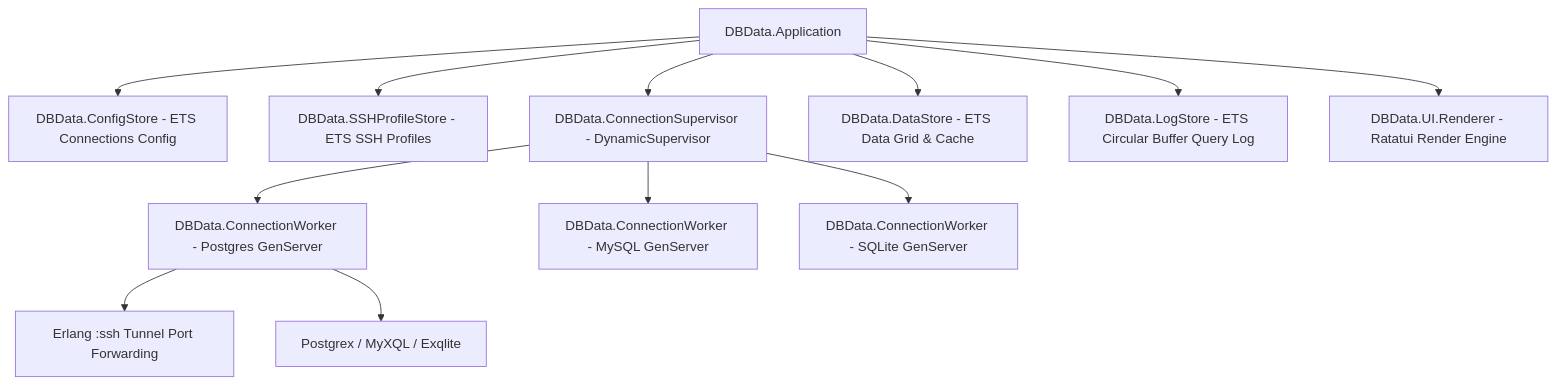
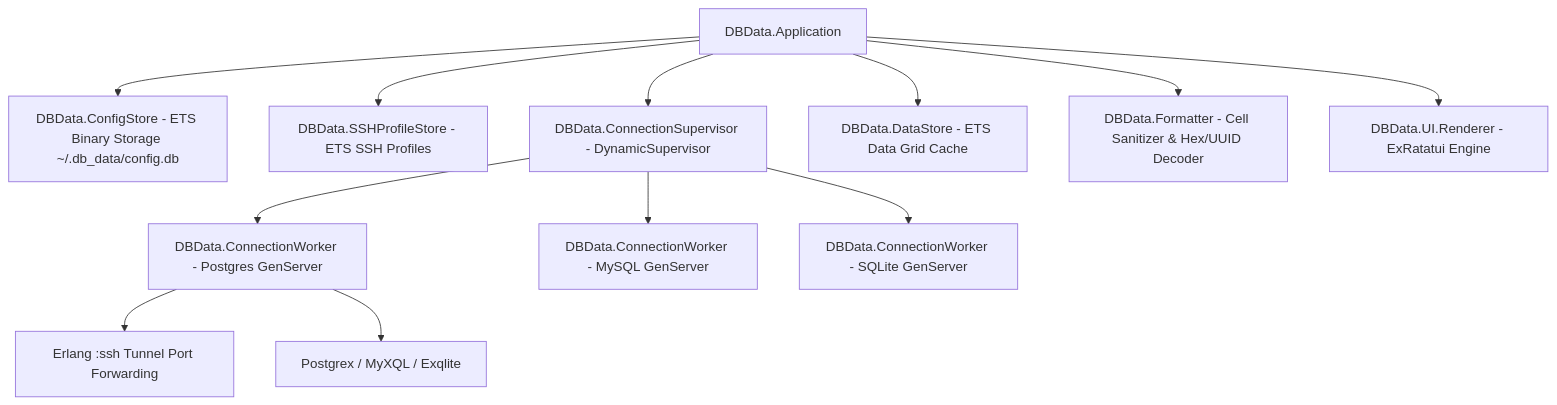
The diagram in README.md (quaywin/strata), drawn with Mermaid before and after one commit. The commit also changed other lines of this file and 40 other files, not shown here.

First line of the commit message:
feat: add web mode, database adapters, and binary ETS config storage

````diff
--- a/README.md
+++ b/README.md
@@ -28,16 +36,16 @@
 ```mermaid
 graph TD
-    App[DBData.Application] --> ConfigStore[DBData.ConfigStore - ETS Connections Config]
+    App[DBData.Application] --> ConfigStore[DBData.ConfigStore - ETS Binary Storage ~/.db_data/config.db]
     App --> SSHProfileStore[DBData.SSHProfileStore - ETS SSH Profiles]
     App --> ConnectionSup[DBData.ConnectionSupervisor - DynamicSupervisor]
-    App --> DataStore[DBData.DataStore - ETS Data Grid & Cache]
-    App --> LogStore[DBData.LogStore - ETS Circular Buffer Query Log]
-    App --> UIRenderer[DBData.UI.Renderer - Ratatui Render Engine]
+    App --> DataStore[DBData.DataStore - ETS Data Grid Cache]
+    App --> Formatter[DBData.Formatter - Cell Sanitizer & Hex/UUID Decoder]
+    App --> UIRenderer[DBData.UI.Renderer - ExRatatui Engine]
 
     ConnectionSup --> Worker1[DBData.ConnectionWorker - Postgres GenServer]
     ConnectionSup --> Worker2[DBData.ConnectionWorker - MySQL GenServer]
     ConnectionSup --> Worker3[DBData.ConnectionWorker - SQLite GenServer]
 
     Worker1 --> SSHTunnel[Erlang :ssh Tunnel Port Forwarding]
     Worker1 --> Driver[Postgrex / MyXQL / Exqlite]
 ```
````
